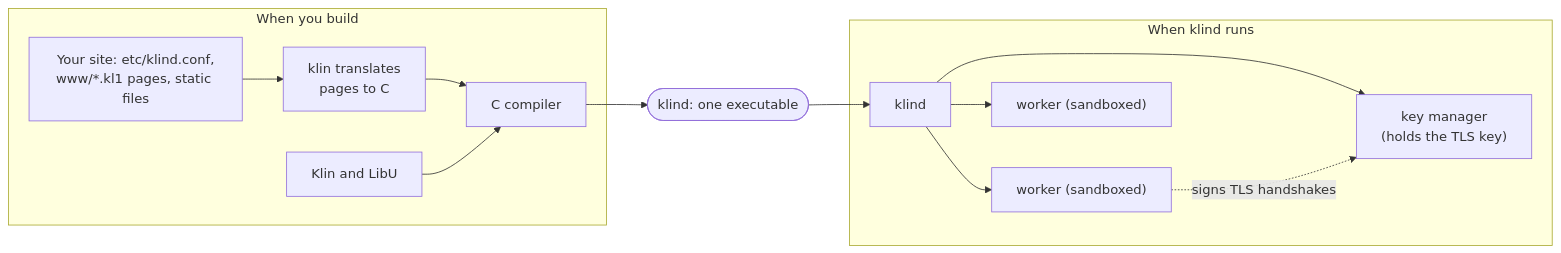
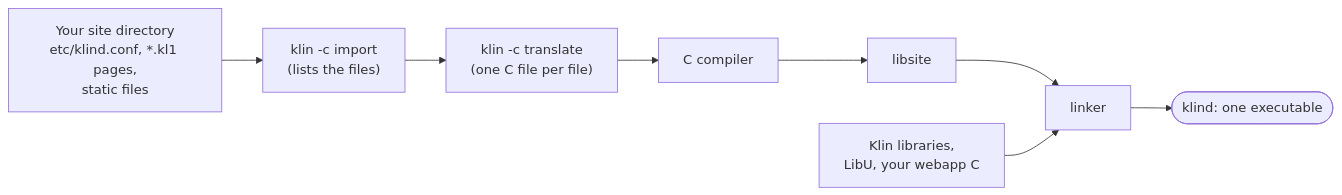
One commit to DanielTillett/klin changed the first of 3 diagrams in README.md. Above: the diagram before and after it, drawn with Mermaid. The commit also changed other lines of this file and 25 other files, not shown here.

````diff
--- a/README.md
+++ b/README.md
@@ -97,16 +118,10 @@
 ```mermaid
 flowchart LR
-  subgraph build["When you build"]
-    site["Your site: etc/klind.conf,<br/>www/*.kl1 pages, static files"] --> klin["klin translates<br/>pages to C"]
-    klin --> cc["C compiler"]
-    lib["Klin and LibU"] --> cc
-  end
-  cc --> exe(["klind: one executable"])
-  subgraph run["When klind runs"]
-    parent["klind"] --> w1["worker (sandboxed)"]
-    parent --> w2["worker (sandboxed)"]
-    parent --> km["key manager<br/>(holds the TLS key)"]
-    w1 -. "signs TLS handshakes" .-> km
-  end
-  exe --> parent
+  site["Your site directory<br/>etc/klind.conf, *.kl1 pages,<br/>static files"] --> imp["klin -c import<br/>(lists the files)"]
+  imp --> tr["klin -c translate<br/>(one C file per file)"]
+  tr --> cc["C compiler"]
+  cc --> libsite["libsite"]
+  libsite --> ld["linker"]
+  libs["Klin libraries,<br/>LibU, your webapp C"] --> ld
+  ld --> exe(["klind: one executable"])
 ```
````
